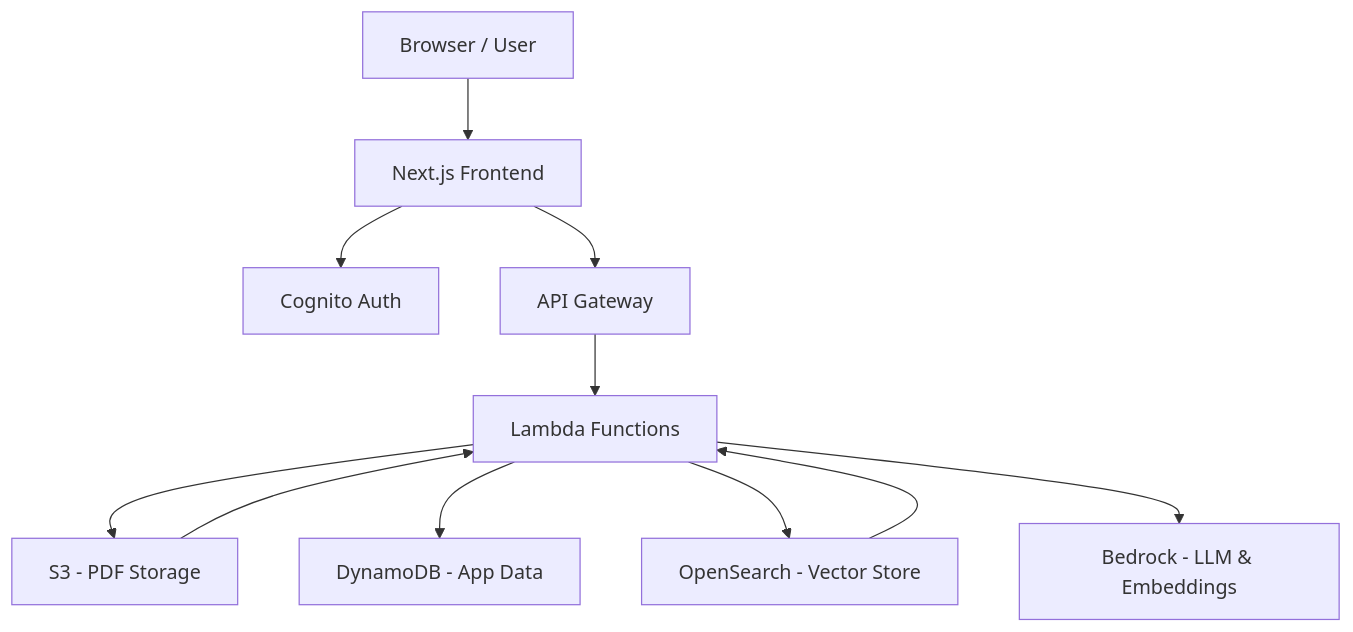
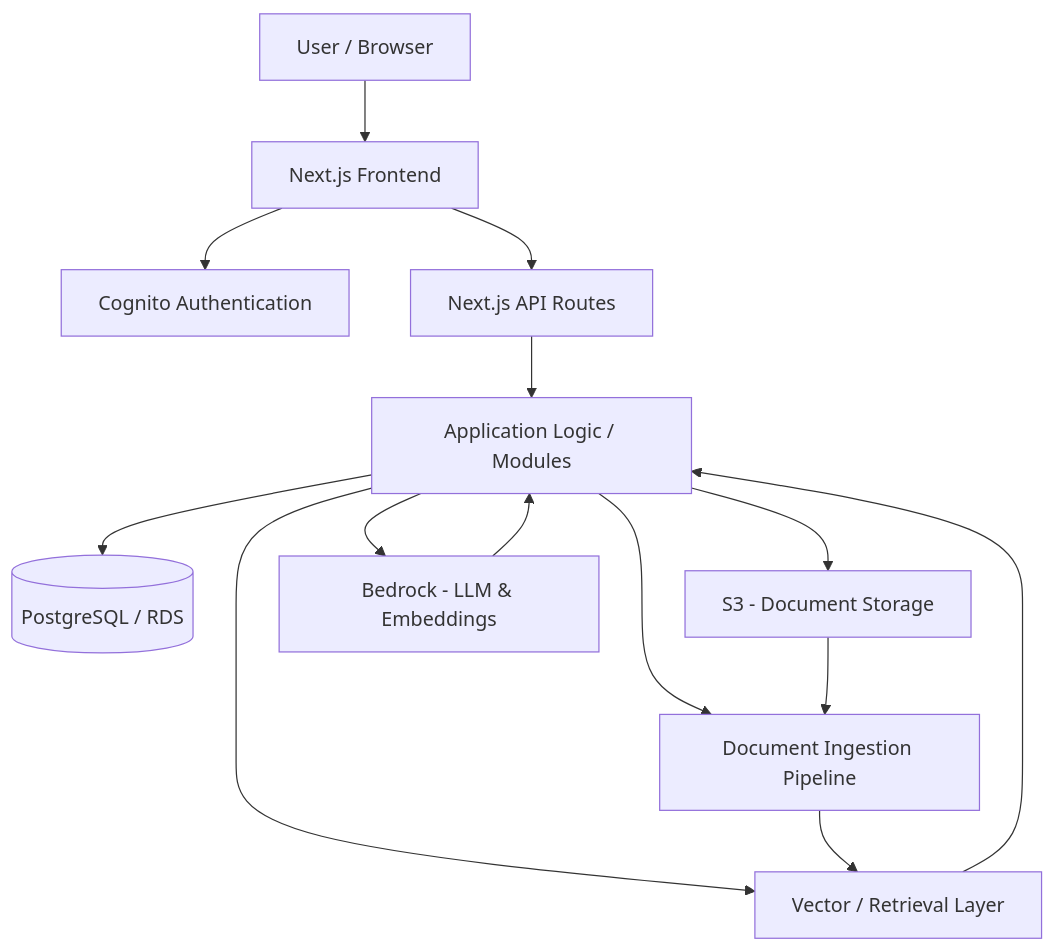
Before and after one commit to jay-web/ayd-workspace: the second of 2 diagrams in docs/high-level-architecture.md, drawn with Mermaid. The commit also changed other lines of this file and 15 other files, not shown here.

````diff
--- a/docs/high-level-architecture.md
+++ b/docs/high-level-architecture.md
@@ -3,19 +32,21 @@
 ```mermaid
 flowchart TD
 
-    A[Browser / User] --> B[Next.js Frontend]
+    A[User / Browser] --> B[Next.js Frontend]
 
-    B --> C[Cognito Auth]
-    B --> D[API Gateway]
+    B --> C[Cognito Authentication]
+    B --> D[Next.js API Routes]
 
-    D --> E[Lambda Functions]
+    D --> E[Application Logic / Modules]
 
-    E --> F[S3 - PDF Storage]
-    E --> G[DynamoDB - App Data]
-    E --> H[OpenSearch - Vector Store]
+    E --> F[(PostgreSQL / RDS)]
+    E --> G[S3 - Document Storage]
+    E --> H[Document Ingestion Pipeline]
+    E --> I[Vector / Retrieval Layer]
+    E --> J[Bedrock - LLM & Embeddings]
 
-    E --> I[Bedrock - LLM & Embeddings]
-
-    H --> E
-    F --> E
+    G --> H
+    H --> I
+    I --> E
+    J --> E
 ```
````
